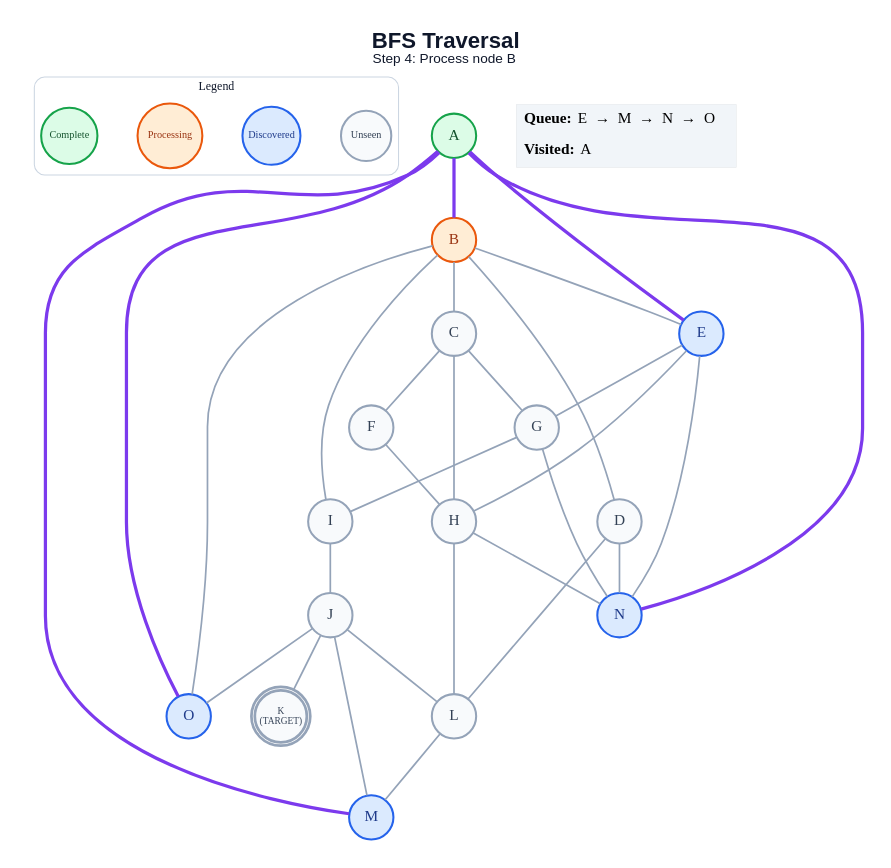
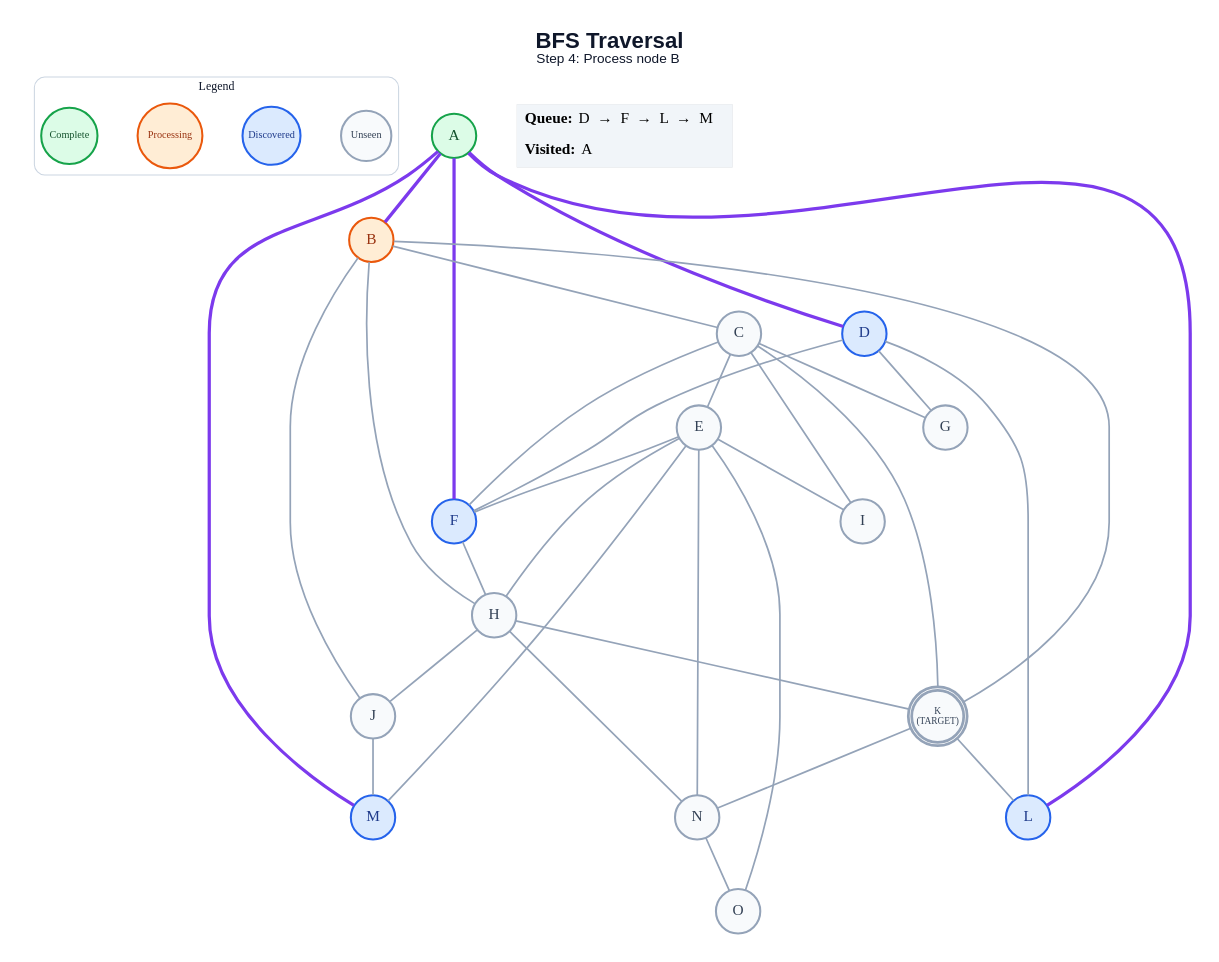
The diagram in generated/short-circuit/bfs/step_04.dot (anon7238593-create/ai-slop), drawn with Graphviz before and after one commit. The commit also changed 329 other files, not shown here.

```diff
--- a/generated/short-circuit/bfs/step_04.dot
+++ b/generated/short-circuit/bfs/step_04.dot
@@ -1,63 +1,65 @@
 graph traversal {
   graph [layout=dot, rankdir=TB, bgcolor="#FFFFFF", pad="0.35", nodesep="0.65", ranksep="0.8", fontname="Arial"];
   node [shape=circle, style="filled", fontname="Arial Bold", fontsize=18, width=0.72, fixedsize=true, penwidth=2.4];
   edge [color="#94A3B8", penwidth=2.0];
   label=<<B>BFS Traversal</B><BR/><FONT POINT-SIZE="16">Step 4: Process node B</FONT>>; labelloc="t"; fontsize=26; fontname="Arial"; fontcolor="#0F172A";
   subgraph cluster_legend { label="Legend"; color="#CBD5E1"; penwidth=1.2; style="rounded"; fontsize=14; fontname="Arial Bold";
     key_unseen [label="Unseen", fillcolor="#F8FAFC", color="#94A3B8", fontcolor="#334155", fontsize=12, width=0.82];
     key_frontier [label="Discovered", fillcolor="#DBEAFE", color="#2563EB", fontcolor="#1E3A8A", fontsize=12, width=0.95];
     key_current [label="Processing", fillcolor="#FFEDD5", color="#EA580C", fontcolor="#9A3412", fontsize=12, width=1.05];
     key_done [label="Complete", fillcolor="#DCFCE7", color="#16A34A", fontcolor="#14532D", fontsize=12, width=0.92];
     { rank=same; key_unseen; key_frontier; key_current; key_done; }
   }
   A [label="A", fillcolor="#DCFCE7", color="#16A34A", fontcolor="#14532D", peripheries=1, penwidth=2.4];
   B [label="B", fillcolor="#FFEDD5", color="#EA580C", fontcolor="#9A3412", peripheries=1, penwidth=2.4];
   C [label="C", fillcolor="#F8FAFC", color="#94A3B8", fontcolor="#334155", peripheries=1, penwidth=2.4];
-  D [label="D", fillcolor="#F8FAFC", color="#94A3B8", fontcolor="#334155", peripheries=1, penwidth=2.4];
-  E [label="E", fillcolor="#DBEAFE", color="#2563EB", fontcolor="#1E3A8A", peripheries=1, penwidth=2.4];
-  F [label="F", fillcolor="#F8FAFC", color="#94A3B8", fontcolor="#334155", peripheries=1, penwidth=2.4];
+  D [label="D", fillcolor="#DBEAFE", color="#2563EB", fontcolor="#1E3A8A", peripheries=1, penwidth=2.4];
+  E [label="E", fillcolor="#F8FAFC", color="#94A3B8", fontcolor="#334155", peripheries=1, penwidth=2.4];
+  F [label="F", fillcolor="#DBEAFE", color="#2563EB", fontcolor="#1E3A8A", peripheries=1, penwidth=2.4];
   G [label="G", fillcolor="#F8FAFC", color="#94A3B8", fontcolor="#334155", peripheries=1, penwidth=2.4];
   H [label="H", fillcolor="#F8FAFC", color="#94A3B8", fontcolor="#334155", peripheries=1, penwidth=2.4];
   I [label="I", fillcolor="#F8FAFC", color="#94A3B8", fontcolor="#334155", peripheries=1, penwidth=2.4];
   J [label="J", fillcolor="#F8FAFC", color="#94A3B8", fontcolor="#334155", peripheries=1, penwidth=2.4];
   K [label="K\n(TARGET)", fillcolor="#F8FAFC", color="#94A3B8", fontcolor="#334155", peripheries=2, penwidth=3.2, fontsize=11, width=0.85, height=0.85];
-  L [label="L", fillcolor="#F8FAFC", color="#94A3B8", fontcolor="#334155", peripheries=1, penwidth=2.4];
+  L [label="L", fillcolor="#DBEAFE", color="#2563EB", fontcolor="#1E3A8A", peripheries=1, penwidth=2.4];
   M [label="M", fillcolor="#DBEAFE", color="#2563EB", fontcolor="#1E3A8A", peripheries=1, penwidth=2.4];
-  N [label="N", fillcolor="#DBEAFE", color="#2563EB", fontcolor="#1E3A8A", peripheries=1, penwidth=2.4];
-  O [label="O", fillcolor="#DBEAFE", color="#2563EB", fontcolor="#1E3A8A", peripheries=1, penwidth=2.4];
+  N [label="N", fillcolor="#F8FAFC", color="#94A3B8", fontcolor="#334155", peripheries=1, penwidth=2.4];
+  O [label="O", fillcolor="#F8FAFC", color="#94A3B8", fontcolor="#334155", peripheries=1, penwidth=2.4];
   A -- B [color="#7C3AED", penwidth=3.8];
-  A -- E [color="#7C3AED", penwidth=3.8];
+  A -- D [color="#7C3AED", penwidth=3.8];
+  A -- F [color="#7C3AED", penwidth=3.8];
+  A -- L [color="#7C3AED", penwidth=3.8];
   A -- M [color="#7C3AED", penwidth=3.8];
-  A -- N [color="#7C3AED", penwidth=3.8];
-  A -- O [color="#7C3AED", penwidth=3.8];
   B -- C;
-  B -- D;
-  B -- E;
-  B -- I;
-  B -- O;
+  B -- H;
+  B -- J;
+  B -- K;
+  C -- E;
   C -- F;
   C -- G;
-  C -- H;
+  C -- I;
+  C -- K;
+  D -- F;
+  D -- G;
   D -- L;
-  D -- N;
-  E -- G;
+  E -- F;
   E -- H;
+  E -- I;
+  E -- M;
   E -- N;
+  E -- O;
   F -- H;
-  G -- I;
-  G -- N;
-  H -- L;
+  H -- J;
+  H -- K;
   H -- N;
-  I -- J;
-  J -- K;
-  J -- L;
   J -- M;
-  J -- O;
-  L -- M;
+  K -- L;
+  K -- N;
+  N -- O;
   status [shape=plain, fixedsize=false, width=0, height=0, margin=0, label=<
     <TABLE BORDER="0" CELLBORDER="0" CELLPADDING="7" BGCOLOR="#F1F5F9">
-      <TR><TD ALIGN="LEFT"><B>Queue:</B> E  →  M  →  N  →  O</TD></TR>
+      <TR><TD ALIGN="LEFT"><B>Queue:</B> D  →  F  →  L  →  M</TD></TR>
       <TR><TD ALIGN="LEFT"><B>Visited:</B> A</TD></TR>
     </TABLE>
   >];
 }
```
